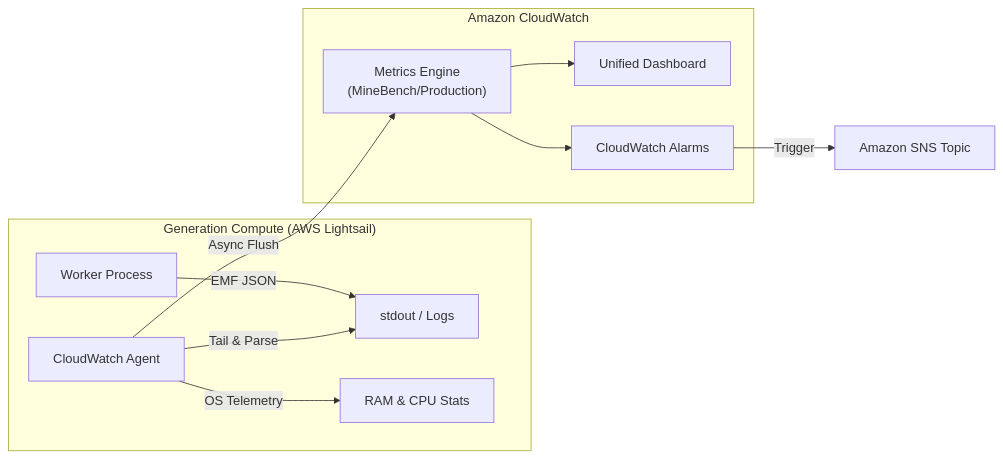
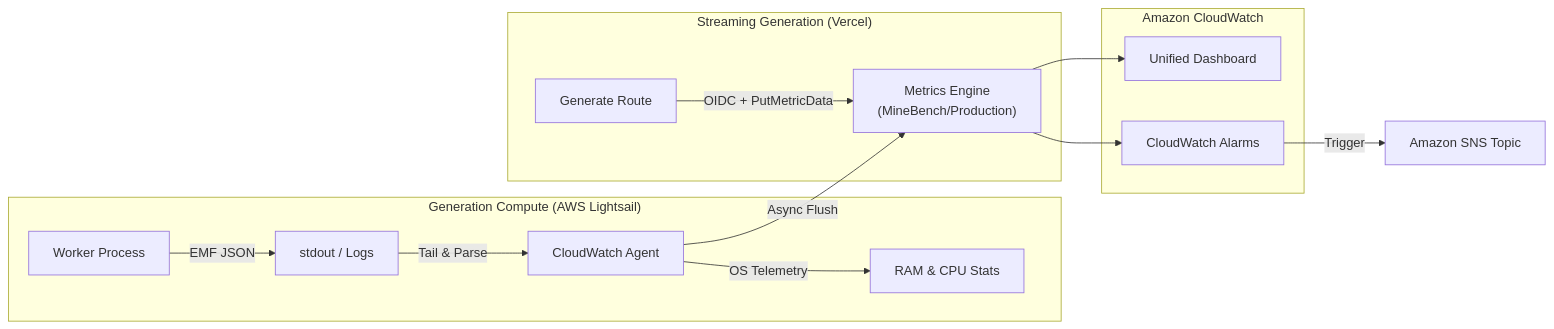
The diagram in docs/cloudwatch-monitoring.md (Ammaar-Alam/minebench), drawn with Mermaid before and after one commit. The commit also changed other lines of this file and 8 other files, not shown here.

Commit message:
fix(observability): restore generation health metrics

````diff
--- a/docs/cloudwatch-monitoring.md
+++ b/docs/cloudwatch-monitoring.md
@@ -5,16 +5,20 @@
 ```mermaid
 flowchart LR
     subgraph Compute["Generation Compute (AWS Lightsail)"]
         Worker["Worker Process"] -->|EMF JSON| Stdout["stdout / Logs"]
-        Agent["CloudWatch Agent"] -->|Tail & Parse| Stdout
+        Stdout -->|Tail & Parse| Agent["CloudWatch Agent"]
         Agent -->|OS Telemetry| OS["RAM & CPU Stats"]
+    end
+
+    subgraph Web["Streaming Generation (Vercel)"]
+        Route["Generate Route"] -->|OIDC + PutMetricData| Metrics
     end
 
     subgraph CloudWatch["Amazon CloudWatch"]
         Agent -->|Async Flush| Metrics["Metrics Engine<br/>(MineBench/Production)"]
         Metrics --> Dashboards["Unified Dashboard"]
         Metrics --> Alarms["CloudWatch Alarms"]
     end
 
     Alarms -->|Trigger| SNS["Amazon SNS Topic"]
 ```
````
